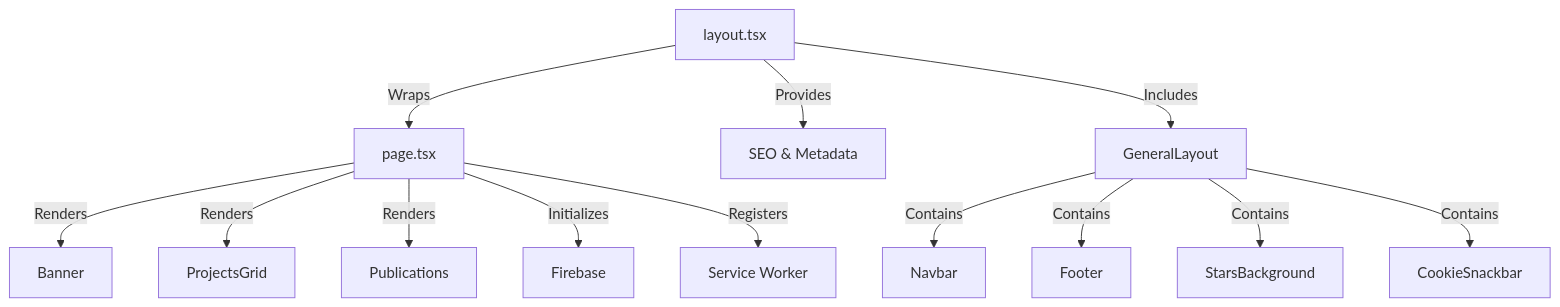
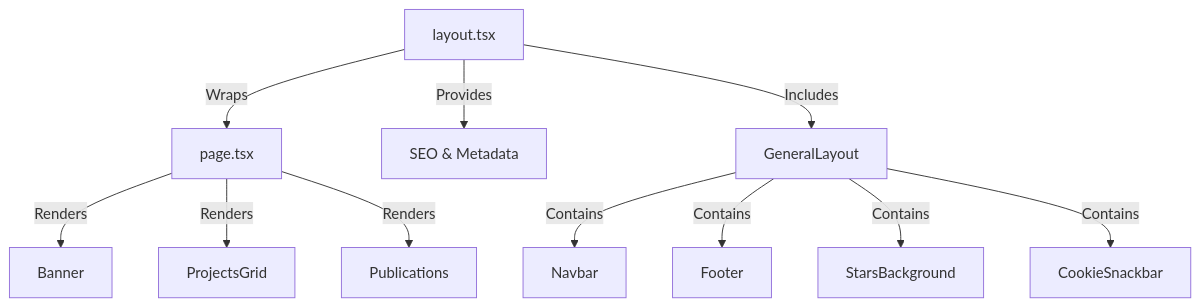
One commit to AlexJSully/AlexJSully-Portfolio changed the diagram in docs/architecture/app-directory.md. Above: the diagram before and after it, drawn with Mermaid. The commit also changed other lines of this file and 10 other files, not shown here.

````diff
--- a/docs/architecture/app-directory.md
+++ b/docs/architecture/app-directory.md
@@ -27,15 +22,13 @@
 ```mermaid
 flowchart TD
     Layout[layout.tsx] -->|Wraps| Page[page.tsx]
     Layout -->|Provides| Metadata[SEO & Metadata]
     Layout -->|Includes| GL[GeneralLayout]
     GL -->|Contains| Navbar
     GL -->|Contains| Footer
     GL -->|Contains| Stars[StarsBackground]
     GL -->|Contains| Cookie[CookieSnackbar]
     Page -->|Renders| Banner
     Page -->|Renders| Projects[ProjectsGrid]
     Page -->|Renders| Pubs[Publications]
-    Page -->|Initializes| Firebase
-    Page -->|Registers| SW[Service Worker]
 ```
````
